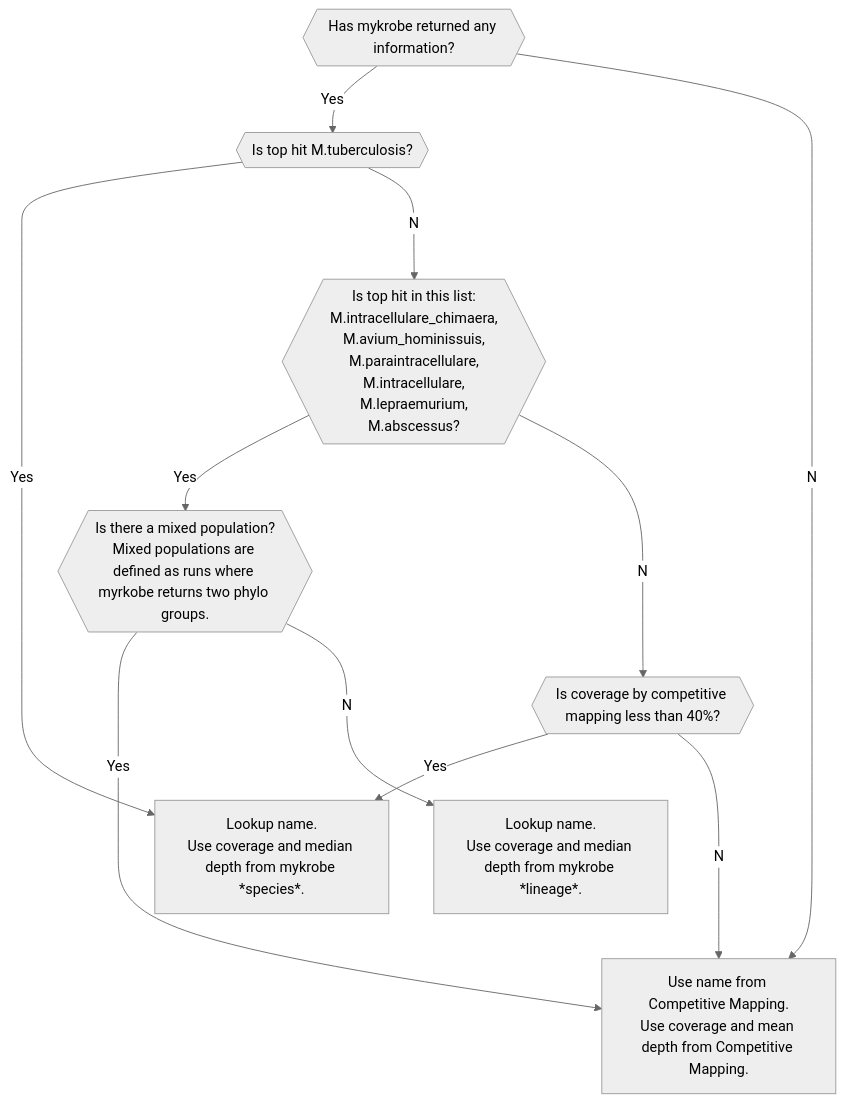
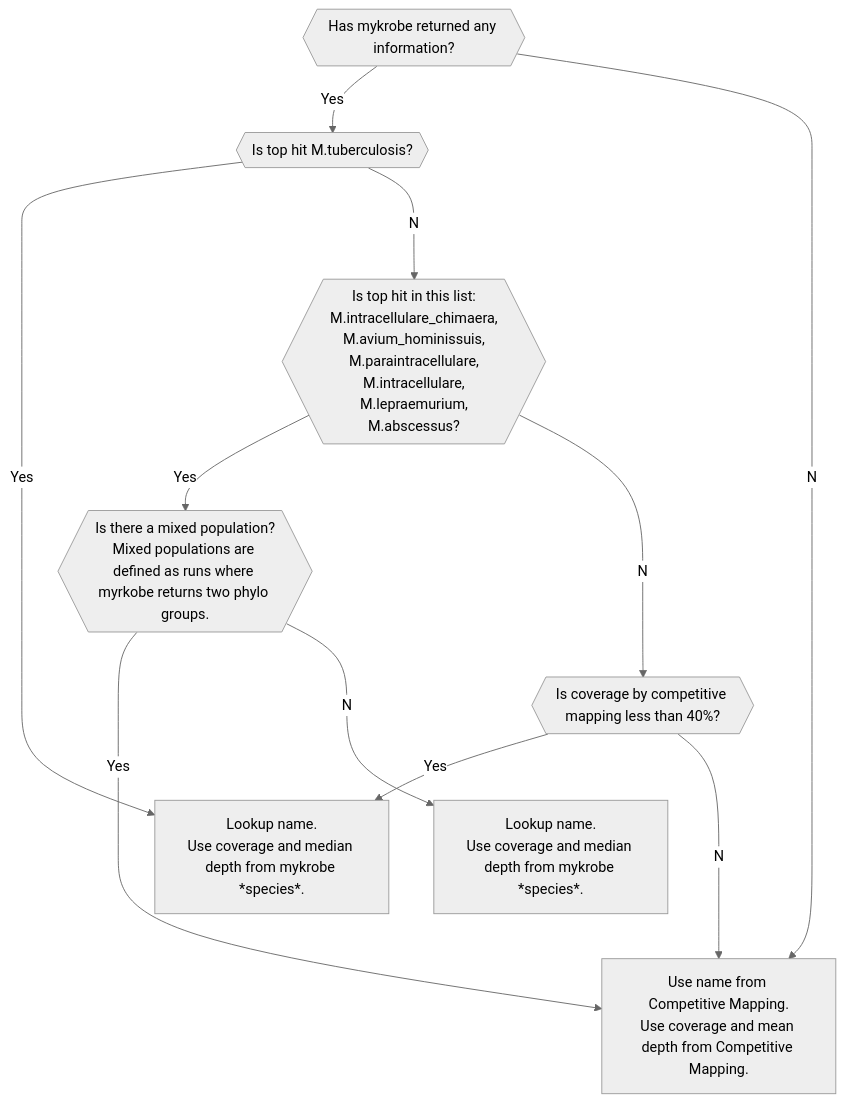
The diagram in speciation.md (softwaremmm/summary_pipeline), drawn with Mermaid (neutral theme) before and after one commit.

Commit message:
docs: Correct location for cov and depth

````diff
--- a/speciation.md
+++ b/speciation.md
@@ -79,33 +79,33 @@
 ```mermaid
 graph TD;
     MYKROBE_RETURN{{Has mykrobe returned any information?}};
 
     ALL_CM[Use name from Competitive Mapping.<br/>Use coverage and mean depth from Competitive Mapping.];
 
     TOPHIT_TB{{Is top hit M.tuberculosis?}};
 
     MYKROBE_SPECIES[Lookup name.<br/>Use coverage and median depth from mykrobe *species*.];
 
     TOPHIT_SPECIAL_NTM{{Is top hit in this list:<br/>M.intracellulare_chimaera,<br/>M.avium_hominissuis,<br/>M.paraintracellulare,<br/>M.intracellulare,<br/>M.lepraemurium,<br/>M.abscessus?}};
 
     MIXED{{Is there a mixed population?<br/>Mixed populations are defined as runs where myrkobe returns two phylo groups.}};
 
-    PROCESS_SPECIAL_NTM_UNMIXED[Lookup name.<br/>Use coverage and median depth from mykrobe *lineage*.];
+    PROCESS_SPECIAL_NTM_UNMIXED[Lookup name.<br/>Use coverage and median depth from mykrobe *species*.];
 
     LOW_COV{{Is coverage by competitive mapping less than 40%?}};
 
     MYKROBE_RETURN--Yes-->TOPHIT_TB;
     MYKROBE_RETURN--No-->ALL_CM;
 
     TOPHIT_TB--Yes-->MYKROBE_SPECIES;
     TOPHIT_TB--No-->TOPHIT_SPECIAL_NTM;
 
     TOPHIT_SPECIAL_NTM--Yes-->MIXED;
     MIXED--Yes-->ALL_CM;
     MIXED--No-->PROCESS_SPECIAL_NTM_UNMIXED;
     TOPHIT_SPECIAL_NTM--No-->LOW_COV;
 
     LOW_COV--Yes-->MYKROBE_SPECIES;
     LOW_COV--No-->ALL_CM;
 
 ```
````
